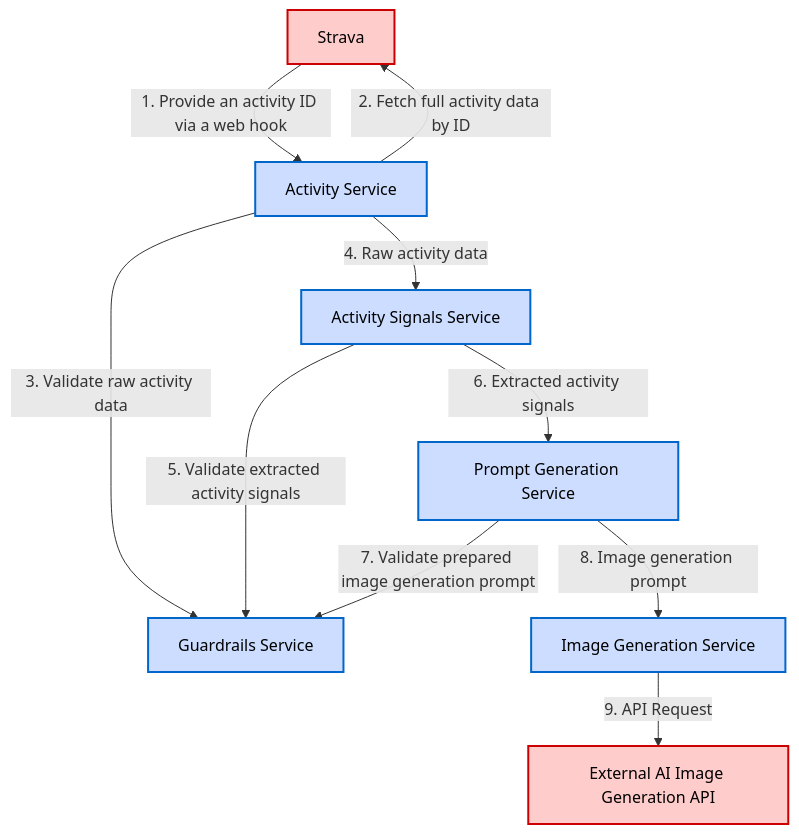
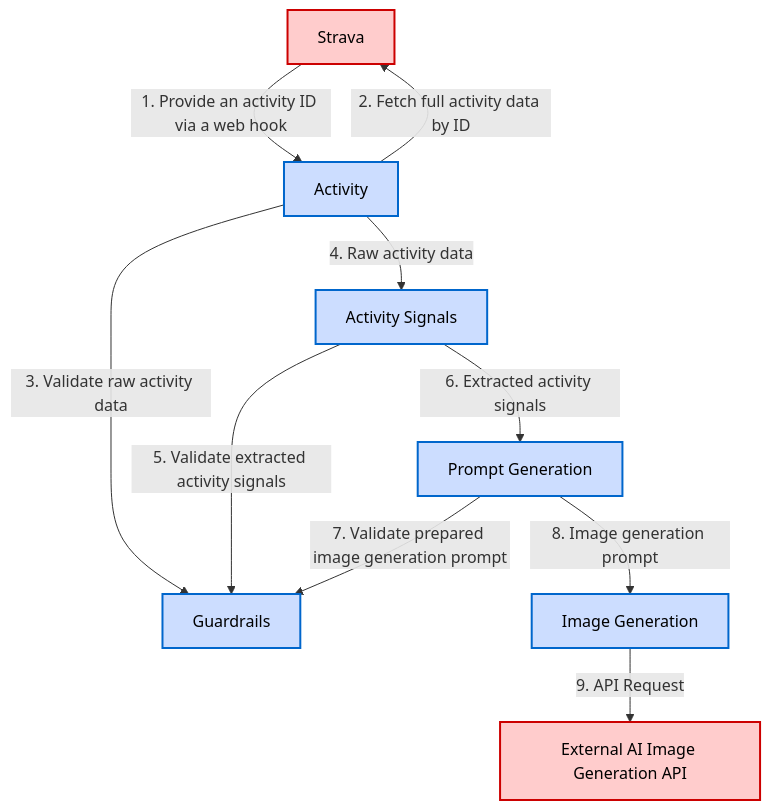
One commit to torqlab/torq changed the second of 2 diagrams in openspec/project.md. Above: the diagram before and after it, drawn with Mermaid. The commit also changed other lines of this file and 37 other files, not shown here.

````diff
--- a/openspec/project.md
+++ b/openspec/project.md
@@ -209,32 +211,32 @@
 ```mermaid
 graph TD
     %% External Systems
     Strava[Strava]
     ImageGenAPI[External AI Image Generation API]
     
-    %% Core Services
-    GuardrailsService[Guardrails Service]
-    ActivityService[Activity Service]
-    ActivitySignalsService[Activity Signals Service]
-    PromptGenerationService[Prompt Generation Service]
-    ImageGenerationService[Image Generation Service]
+    %% Core Modules
+    Guardrails[Guardrails]
+    Activity[Activity]
+    ActivitySignals[Activity Signals]
+    PromptGeneration[Prompt Generation]
+    ImageGeneration[Image Generation]
     
     %% Data Flow and Dependencies
-    Strava -->|1. Provide an activity ID via a web hook| ActivityService
-    ActivityService -->|2. Fetch full activity data by ID| Strava
-    ActivityService -->|3. Validate raw activity data| GuardrailsService
-    ActivityService -->|4. Raw activity data| ActivitySignalsService
-    ActivitySignalsService -->|5. Validate extracted activity signals| GuardrailsService
-    ActivitySignalsService -->|6. Extracted activity signals| PromptGenerationService
-    PromptGenerationService -->|7. Validate prepared image generation prompt| GuardrailsService
-    PromptGenerationService -->|8. Image generation prompt| ImageGenerationService
-    ImageGenerationService -->|9. API Request| ImageGenAPI
+    Strava -->|1. Provide an activity ID via a web hook| Activity
+    Activity -->|2. Fetch full activity data by ID| Strava
+    Activity -->|3. Validate raw activity data| Guardrails
+    Activity -->|4. Raw activity data| ActivitySignals
+    ActivitySignals -->|5. Validate extracted activity signals| Guardrails
+    ActivitySignals -->|6. Extracted activity signals| PromptGeneration
+    PromptGeneration -->|7. Validate prepared image generation prompt| Guardrails
+    PromptGeneration -->|8. Image generation prompt| ImageGeneration
+    ImageGeneration -->|9. API Request| ImageGenAPI
     
     %% Styling
     classDef external fill:#ffcccc,stroke:#cc0000,stroke-width:2px,color:#000
     classDef core fill:#ccddff,stroke:#0066cc,stroke-width:2px,color:#000
     classDef data fill:#ffffcc,stroke:#cccc00,stroke-width:1px,stroke-dasharray: 5 5
     
     class Strava,ImageGenAPI external
-    class GuardrailsService,ActivityService,ActivitySignalsService,PromptGenerationService,ImageGenerationService core
+    class Guardrails,Activity,ActivitySignals,PromptGeneration,ImageGeneration core
 ```
````
